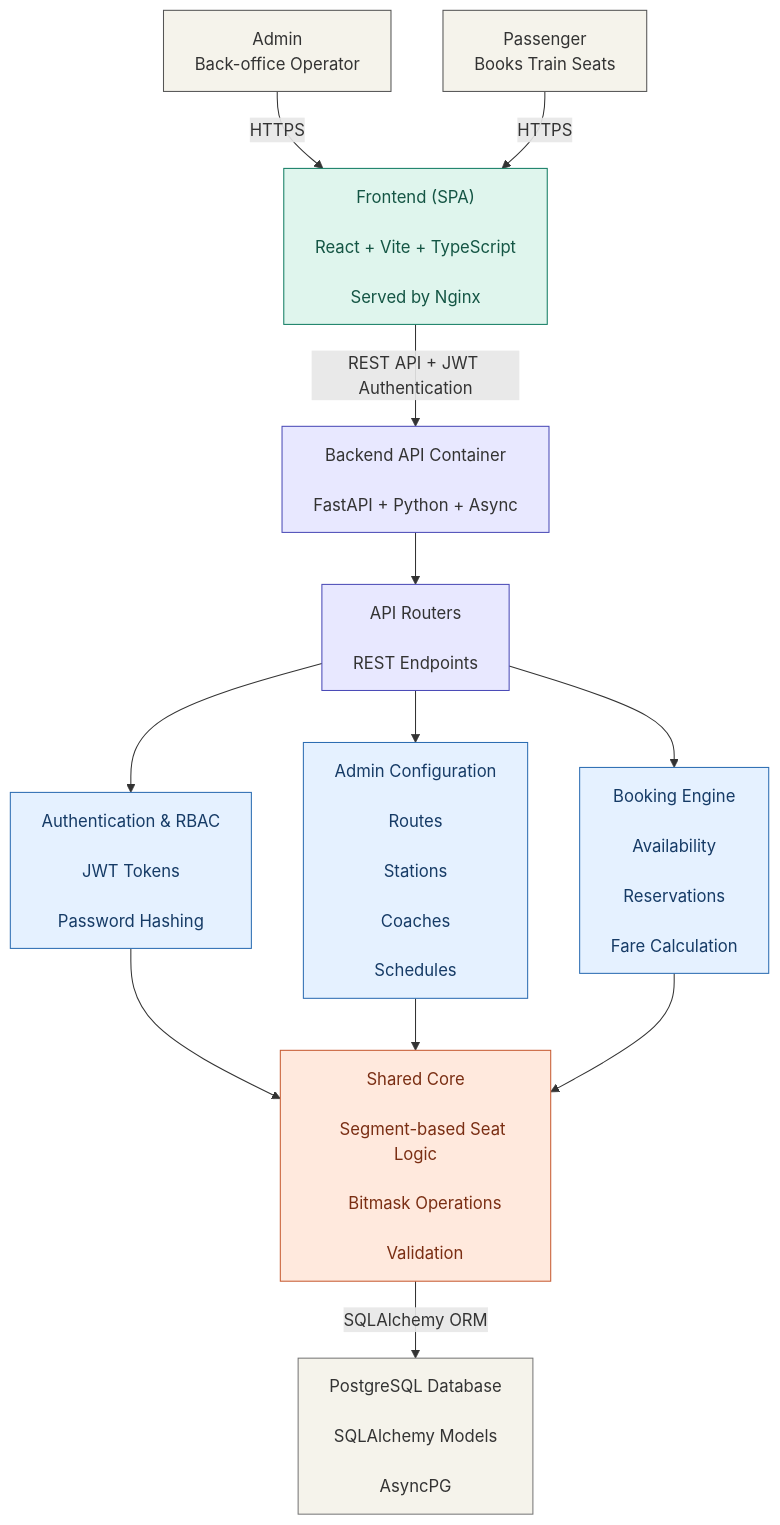
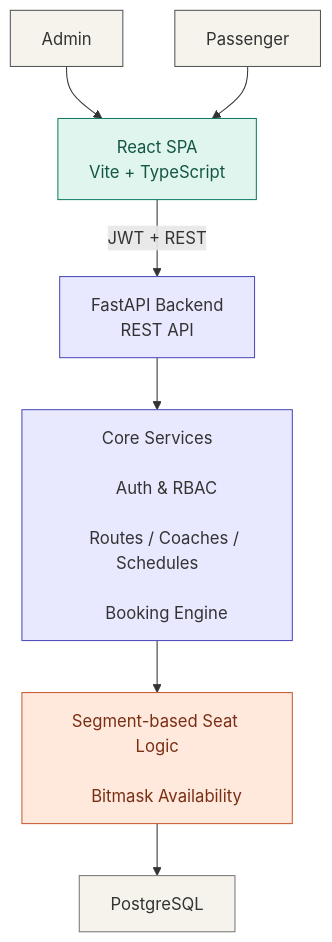
Before and after one commit to RashmiImasha/Train-Seat-Booking-System: the diagram in README.md, drawn with Mermaid. The commit also changed other lines of this file, not shown here.

Commit message:
Refactor architecture diagram for clarity and brevity

````diff
--- a/README.md
+++ b/README.md
@@ -42,82 +40,43 @@
 ```mermaid
 flowchart TB
 
-    %% Users
-    Admin[Admin<br/>Back-office Operator]
-    Passenger[Passenger<br/>Books Train Seats]
+    Admin[Admin]
+    Passenger[Passenger]
 
-    %% Frontend
-    Frontend["Frontend (SPA)<br/>
-    React + Vite + TypeScript<br/>
-    Served by Nginx"]
+    Frontend["React SPA<br/>Vite + TypeScript"]
 
-    %% Backend
-    Backend["Backend API Container<br/>
-    FastAPI + Python + Async"]
+    Backend["FastAPI Backend<br/>REST API"]
 
-    %% Backend components
-    API["API Routers<br/>
-    REST Endpoints"]
+    Modules["Core Services<br/>
+    Auth & RBAC<br/>
+    Routes / Coaches / Schedules<br/>
+    Booking Engine"]
 
-    Auth["Authentication & RBAC<br/>
-    JWT Tokens<br/>
-    Password Hashing"]
+    Logic["Segment-based Seat Logic<br/>
+    Bitmask Availability"]
 
-    Config["Admin Configuration<br/>
-    Routes<br/>
-    Stations<br/>
-    Coaches<br/>
-    Schedules"]
+    DB[PostgreSQL<br/>]
 
-    Booking["Booking Engine<br/>
-    Availability<br/>
-    Reservations<br/>
-    Fare Calculation"]
+    Admin --> Frontend
+    Passenger --> Frontend
 
-    Core["Shared Core<br/>
-    Segment-based Seat Logic<br/>
-    Bitmask Operations<br/>
-    Validation"]
+    Frontend -->|JWT + REST| Backend
 
-    Database["PostgreSQL Database<br/>
-    SQLAlchemy Models<br/>
-    AsyncPG"]
-
-    %% User interactions
-    Admin -->|HTTPS| Frontend
-    Passenger -->|HTTPS| Frontend
-
-    %% Frontend communication
-    Frontend -->|REST API + JWT Authentication| Backend
-
-    %% Backend flow
-    Backend --> API
-
-    API --> Auth
-    API --> Config
-    API --> Booking
-
-    %% Core logic
-    Auth --> Core
-    Config --> Core
-    Booking --> Core
-
-    %% Database
-    Core -->|SQLAlchemy ORM| Database
+    Backend --> Modules
+    Modules --> Logic
+    Logic --> DB
 
 
-    %% Styling
     classDef user fill:#f5f3eb,stroke:#555,color:#333
     classDef frontend fill:#dff5ed,stroke:#147d64,color:#145544
     classDef backend fill:#e8e8ff,stroke:#4b4bb7,color:#333
-    classDef component fill:#e5f1ff,stroke:#2c6db2,color:#163b66
-    classDef core fill:#ffe9dd,stroke:#c75b32,color:#7a2e13
+    classDef logic fill:#ffe9dd,stroke:#c75b32,color:#7a2e13
     classDef database fill:#f5f3eb,stroke:#777,color:#333
 
     class Admin,Passenger user
     class Frontend frontend
-    class Backend,API backend
-    class Auth,Config,Booking component
-    class Core core
-    class Database database
+    class Backend backend
+    class Modules backend
+    class Logic logic
+    class DB database
 ```
````
